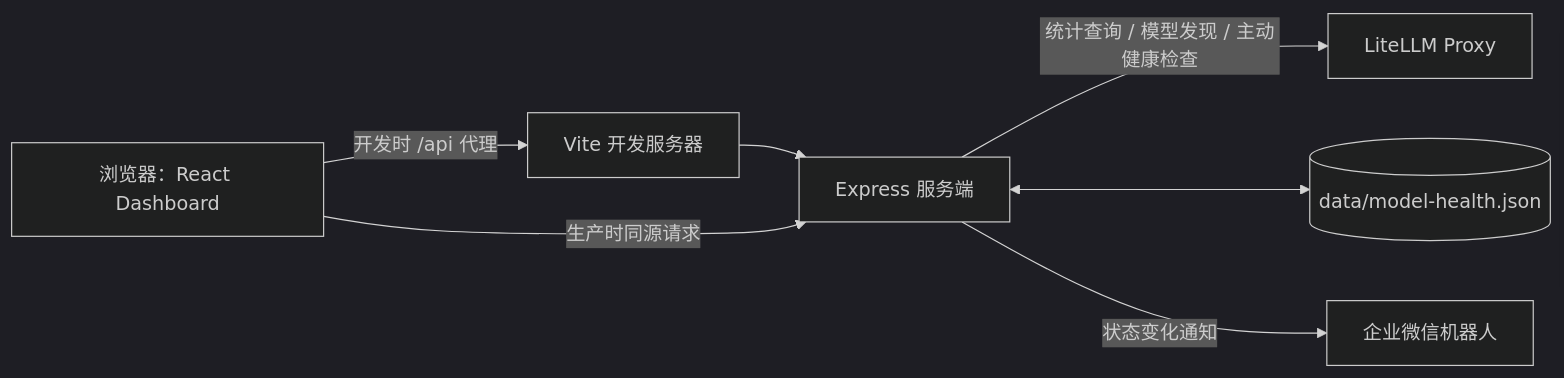
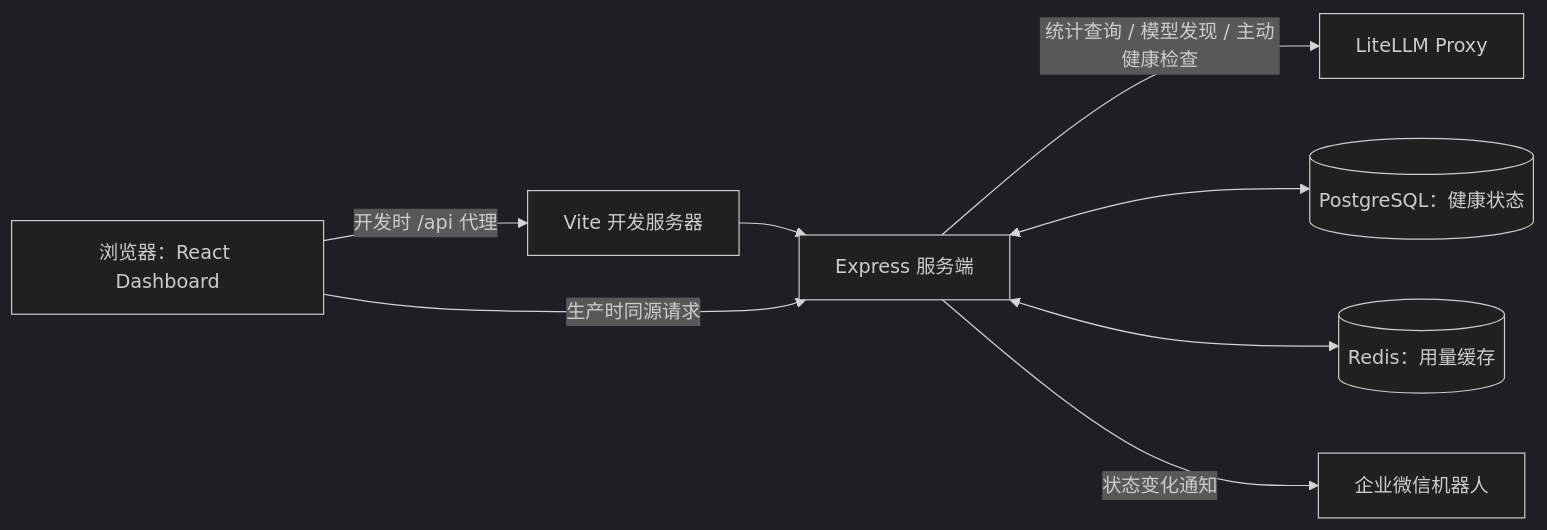
One commit to Dafeigy/llmw changed the diagram in docs/architecture.md. Above: the diagram before and after it, drawn with Mermaid (dark theme). The commit also changed other lines of this file and 19 other files, not shown here.

````diff
--- a/docs/architecture.md
+++ b/docs/architecture.md
@@ -9,16 +9,18 @@
 ```mermaid
 flowchart LR
   Browser[浏览器：React Dashboard]
   Vite[Vite 开发服务器]
   Express[Express 服务端]
   LiteLLM[LiteLLM Proxy]
-  JSON[(data/model-health.json)]
+  PG[(PostgreSQL：健康状态)]
+  Redis[(Redis：用量缓存)]
   WeCom[企业微信机器人]
 
   Browser -->|开发时 /api 代理| Vite
   Vite --> Express
   Browser -->|生产时同源请求| Express
   Express -->|统计查询 / 模型发现 / 主动健康检查| LiteLLM
-  Express <--> JSON
+  Express <--> PG
+  Express <--> Redis
   Express -->|状态变化通知| WeCom
 ```
````
